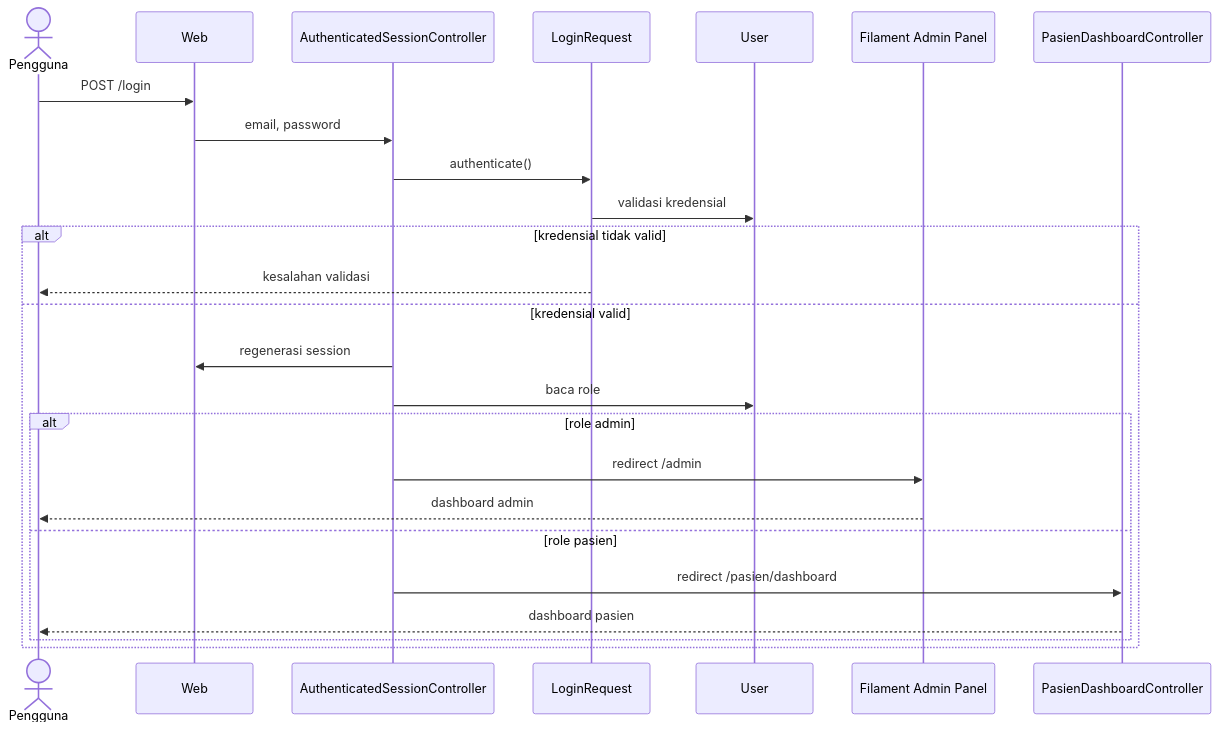
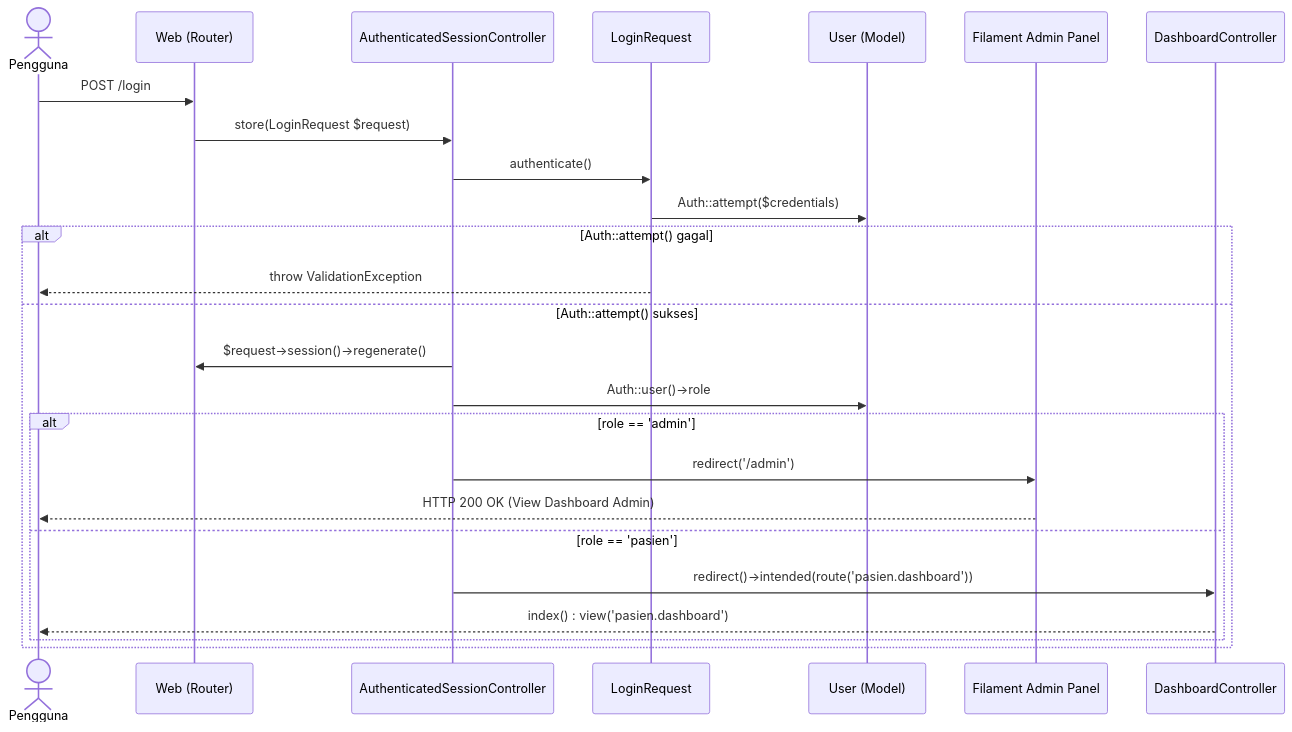
The first of 7 diagrams in dokumentasi/spesifikasi-proyek/sequence-diagrams.md (Faathir81/Sistem-Informasi-Klinik), drawn with Mermaid before and after one commit. The commit also changed other lines of this file, not shown here.

Commit message:
docs: update sequence diagrams with technical terminology

````diff
--- a/dokumentasi/spesifikasi-proyek/sequence-diagrams.md
+++ b/dokumentasi/spesifikasi-proyek/sequence-diagrams.md
@@ -7,28 +7,28 @@
 ```mermaid
 sequenceDiagram
     actor Pengguna
-    participant Web
+    participant Web as Web (Router)
     participant Auth as AuthenticatedSessionController
     participant Login as LoginRequest
-    participant User
+    participant User as User (Model)
     participant Panel as Filament Admin Panel
-    participant PasienDash as PasienDashboardController
+    participant PasienDash as DashboardController
 
     Pengguna->>Web: POST /login
-    Web->>Auth: email, password
+    Web->>Auth: store(LoginRequest $request)
     Auth->>Login: authenticate()
-    Login->>User: validasi kredensial
-    alt kredensial tidak valid
-        Login-->>Pengguna: kesalahan validasi
-    else kredensial valid
-        Auth->>Web: regenerasi session
-        Auth->>User: baca role
-        alt role admin
-            Auth->>Panel: redirect /admin
-            Panel-->>Pengguna: dashboard admin
-        else role pasien
-            Auth->>PasienDash: redirect /pasien/dashboard
-            PasienDash-->>Pengguna: dashboard pasien
+    Login->>User: Auth::attempt($credentials)
+    alt Auth::attempt() gagal
+        Login-->>Pengguna: throw ValidationException
+    else Auth::attempt() sukses
+        Auth->>Web: $request->session()->regenerate()
+        Auth->>User: Auth::user()->role
+        alt role == 'admin'
+            Auth->>Panel: redirect('/admin')
+            Panel-->>Pengguna: HTTP 200 OK (View Dashboard Admin)
+        else role == 'pasien'
+            Auth->>PasienDash: redirect()->intended(route('pasien.dashboard'))
+            PasienDash-->>Pengguna: index() : view('pasien.dashboard')
         end
     end
 ```
````
